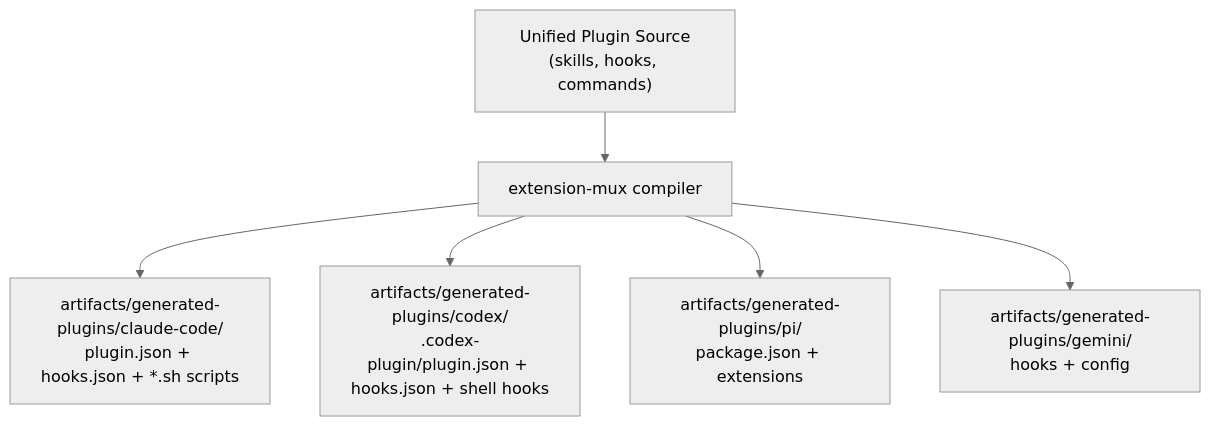
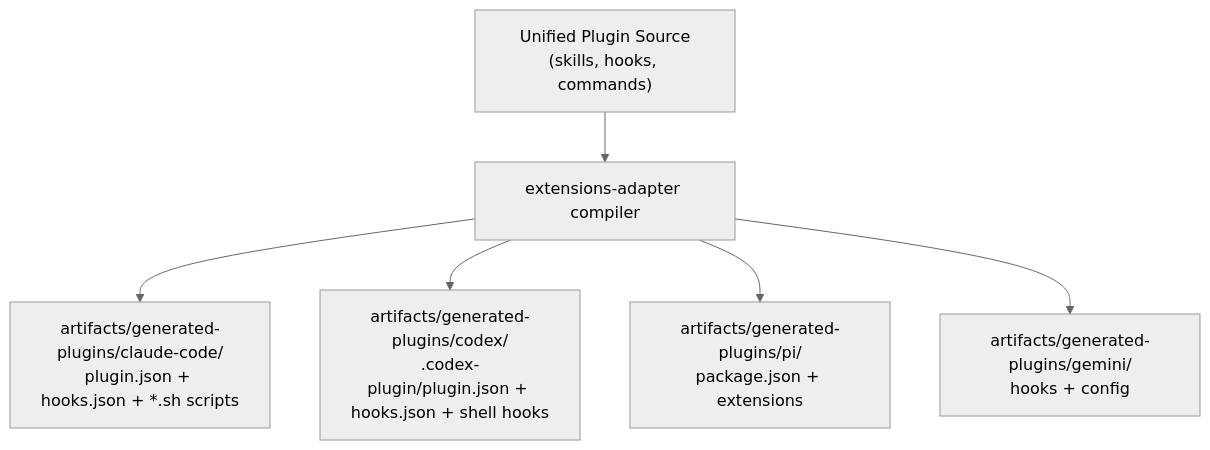
Before and after one commit to danielkman/babysitter: the fifth of 16 diagrams in docs/development/03-babysitter-plugin-flows.md, drawn with Mermaid (neutral theme). The commit also changed other lines of this file and 682 other files, not shown here.

First line of the commit message:
refactor: eliminate -mux terminology from source — use -adapter

````diff
--- a/docs/development/03-babysitter-plugin-flows.md
+++ b/docs/development/03-babysitter-plugin-flows.md
@@ -162,9 +162,9 @@
 ```mermaid
 graph TB
-    UPF["Unified Plugin Source<br/>(skills, hooks, commands)"] --> COMPILER["extension-mux compiler"]
+    UPF["Unified Plugin Source<br/>(skills, hooks, commands)"] --> COMPILER["extensions-adapter compiler"]
 
     COMPILER --> CC_OUT["artifacts/generated-plugins/claude-code/<br/>plugin.json + hooks.json + *.sh scripts"]
     COMPILER --> CX_OUT["artifacts/generated-plugins/codex/<br/>.codex-plugin/plugin.json + hooks.json + shell hooks"]
     COMPILER --> PI_OUT["artifacts/generated-plugins/pi/<br/>package.json + extensions"]
     COMPILER --> GC_OUT["artifacts/generated-plugins/gemini/<br/>hooks + config"]
 ```
````
